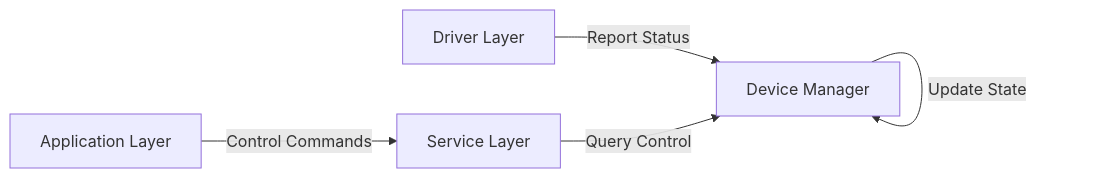
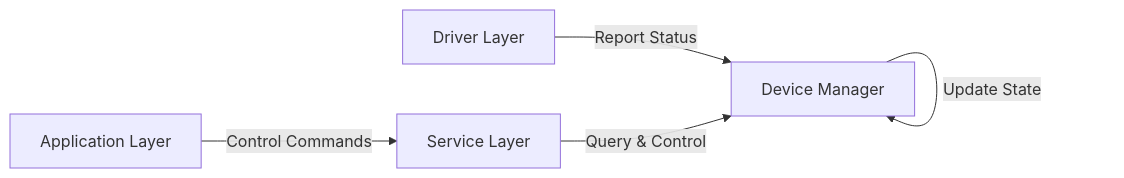
One commit to fossabot/ElenixOS-Docs changed the third of 5 diagrams in i18n/en/docusaurus-plugin-content-docs/current/architecture/arch.mdx. Above: the diagram before and after it, drawn with Mermaid. The commit also changed other lines of this file and 47 other files, not shown here.

First line of the commit message:
docs: Update multiple documentation files and add architecture and component documentation

````diff
--- a/i18n/en/docusaurus-plugin-content-docs/current/architecture/arch.mdx
+++ b/i18n/en/docusaurus-plugin-content-docs/current/architecture/arch.mdx
@@ -264,7 +273,7 @@
 ```mermaid
 flowchart LR
     driver["Driver Layer"] -->|Report Status| device_manager["Device Manager"]
     device_manager -->|Update State| device_manager
-    service["Service Layer"] -->|Query Control| device_manager
+    service["Service Layer"] -->|Query & Control| device_manager
     application["Application Layer"] -->|Control Commands| service
 ```
````
